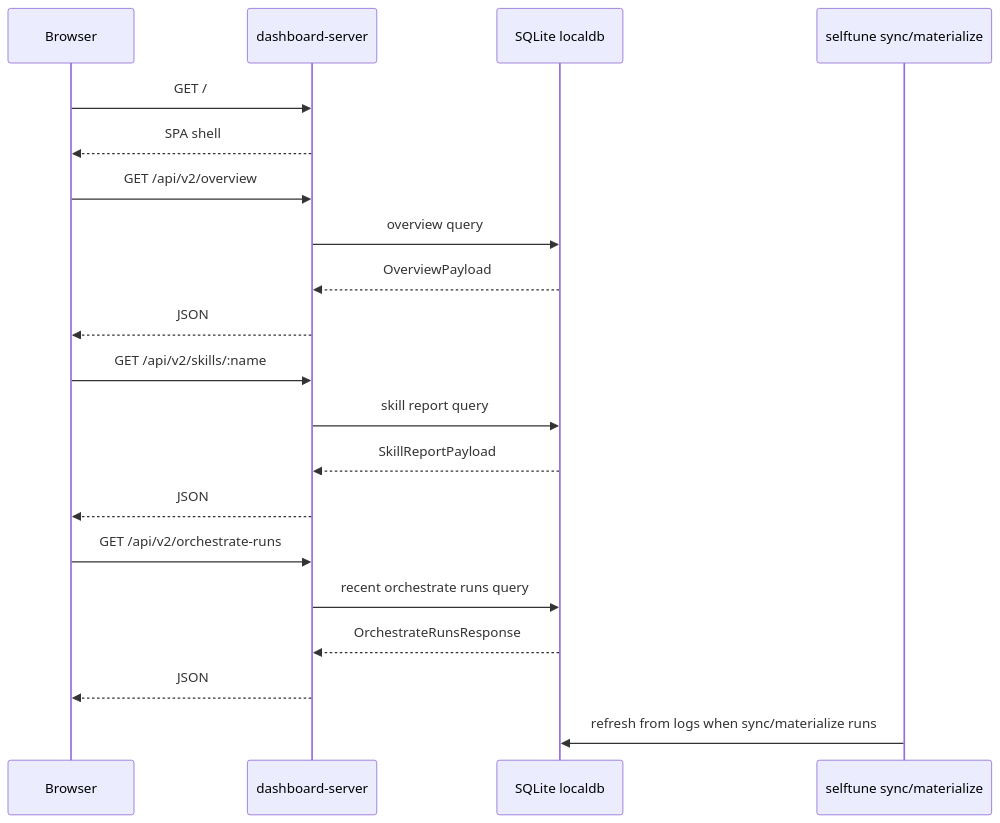
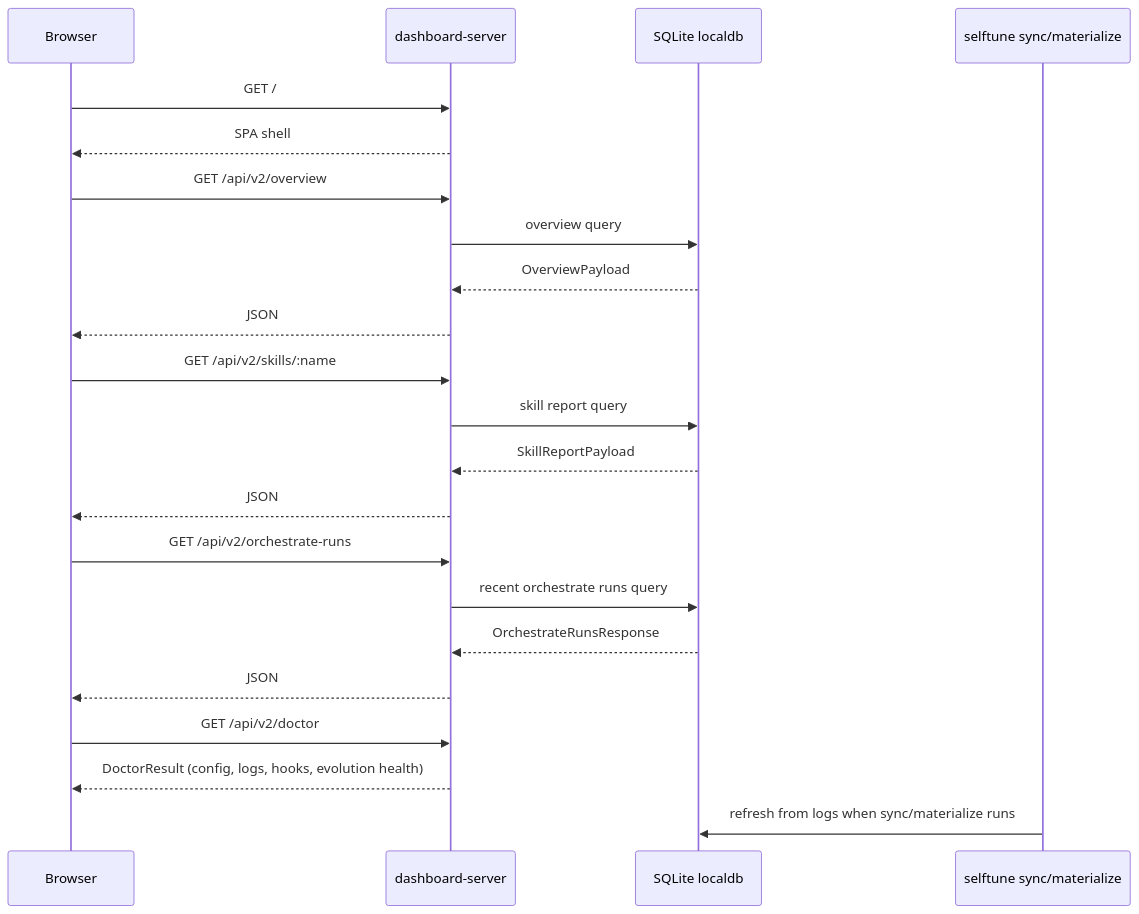
Before and after one commit to selftune-dev/selftune: the fourth of 4 diagrams in docs/design-docs/system-overview.md, drawn with Mermaid. The commit also changed other lines of this file and 9 other files, not shown here.

````diff
--- a/docs/design-docs/system-overview.md
+++ b/docs/design-docs/system-overview.md
@@ -98,23 +98,25 @@
 ```mermaid
 sequenceDiagram
   participant Browser
   participant Server as dashboard-server
   participant DB as SQLite localdb
   participant Materializer as selftune sync/materialize
 
   Browser->>Server: GET /
   Server-->>Browser: SPA shell
   Browser->>Server: GET /api/v2/overview
   Server->>DB: overview query
   DB-->>Server: OverviewPayload
   Server-->>Browser: JSON
   Browser->>Server: GET /api/v2/skills/:name
   Server->>DB: skill report query
   DB-->>Server: SkillReportPayload
   Server-->>Browser: JSON
   Browser->>Server: GET /api/v2/orchestrate-runs
   Server->>DB: recent orchestrate runs query
   DB-->>Server: OrchestrateRunsResponse
   Server-->>Browser: JSON
+  Browser->>Server: GET /api/v2/doctor
+  Server-->>Browser: DoctorResult (config, logs, hooks, evolution health)
   Materializer->>DB: refresh from logs when sync/materialize runs
 ```
````
